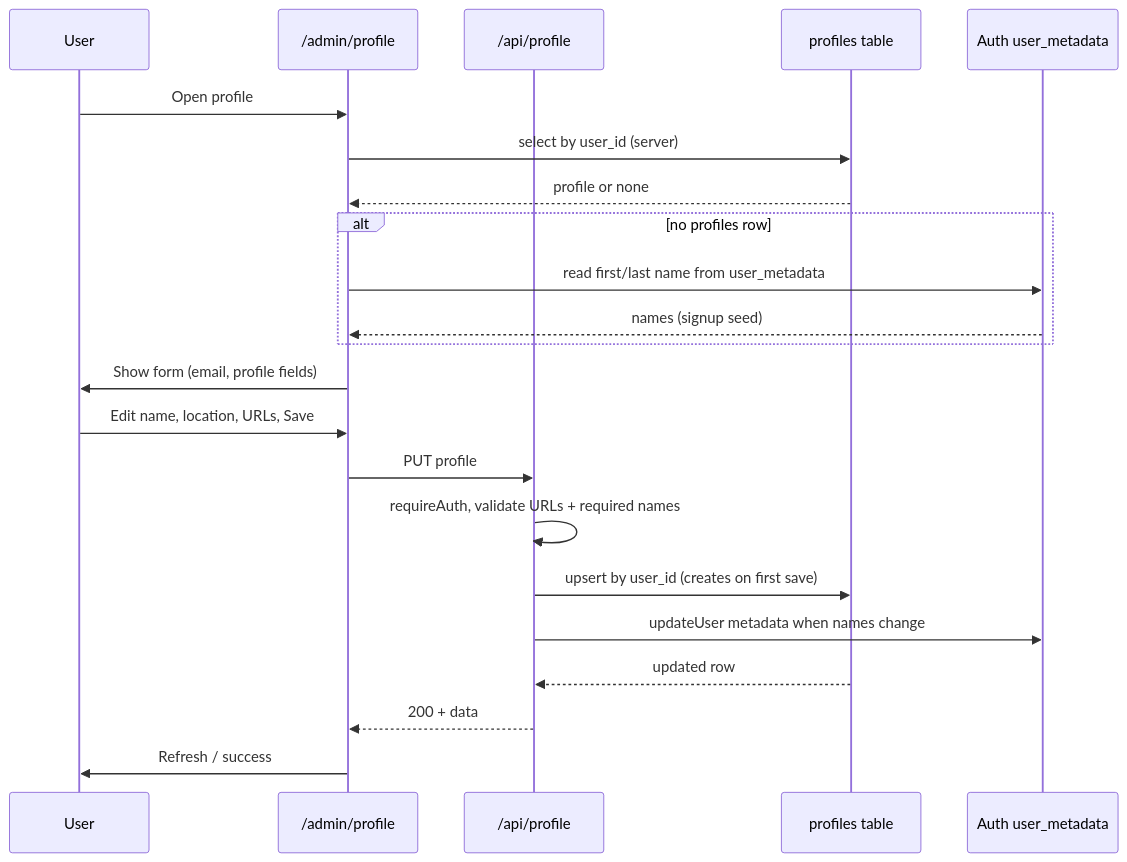
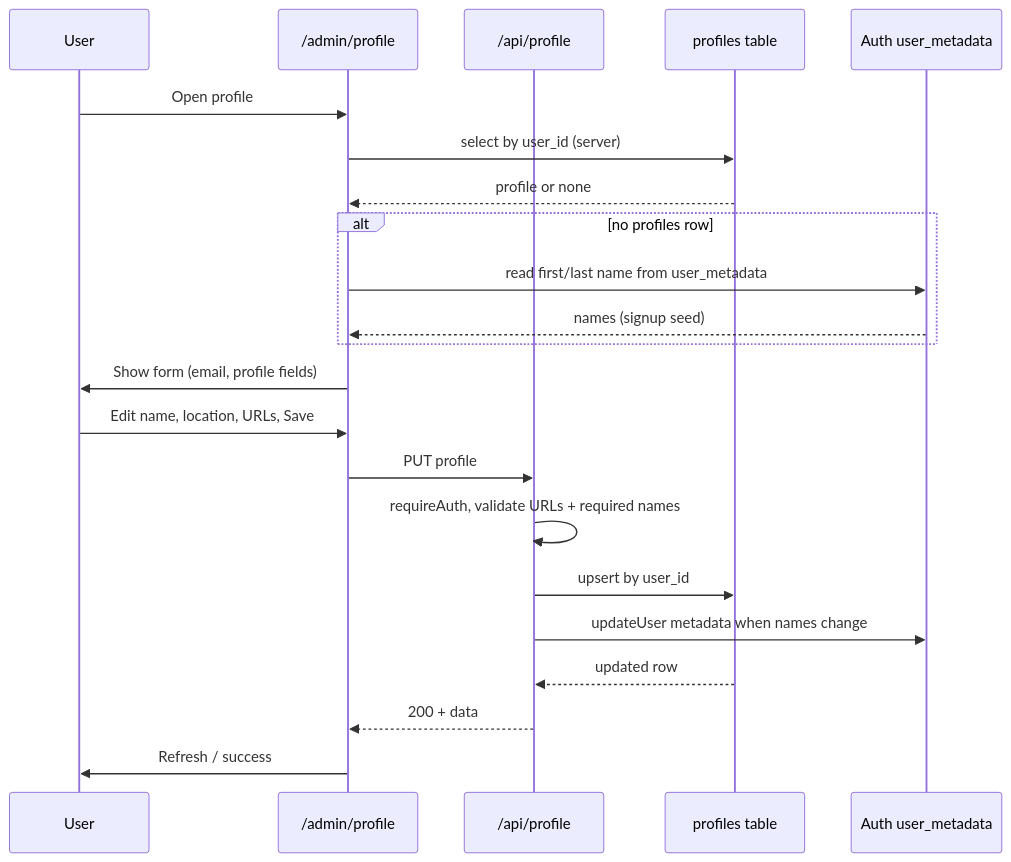
One commit to joan-gerard/my-hire-view changed the third of 13 diagrams in docs/DATA_FLOW.md. Above: the diagram before and after it, drawn with Mermaid. The commit also changed other lines of this file and 24 other files, not shown here.

````diff
--- a/docs/DATA_FLOW.md
+++ b/docs/DATA_FLOW.md
@@ -120,26 +120,26 @@
 ```mermaid
 sequenceDiagram
   participant U as User
   participant Page as /admin/profile
   participant API as /api/profile
   participant DB as profiles table
   participant Auth as Auth user_metadata
 
   U->>Page: Open profile
   Page->>DB: select by user_id (server)
   DB-->>Page: profile or none
   alt no profiles row
     Page->>Auth: read first/last name from user_metadata
     Auth-->>Page: names (signup seed)
   end
   Page->>U: Show form (email, profile fields)
 
   U->>Page: Edit name, location, URLs, Save
   Page->>API: PUT profile
   API->>API: requireAuth, validate URLs + required names
-  API->>DB: upsert by user_id (creates on first save)
+  API->>DB: upsert by user_id
   API->>Auth: updateUser metadata when names change
   DB-->>API: updated row
   API-->>Page: 200 + data
   Page->>U: Refresh / success
 ```
````
